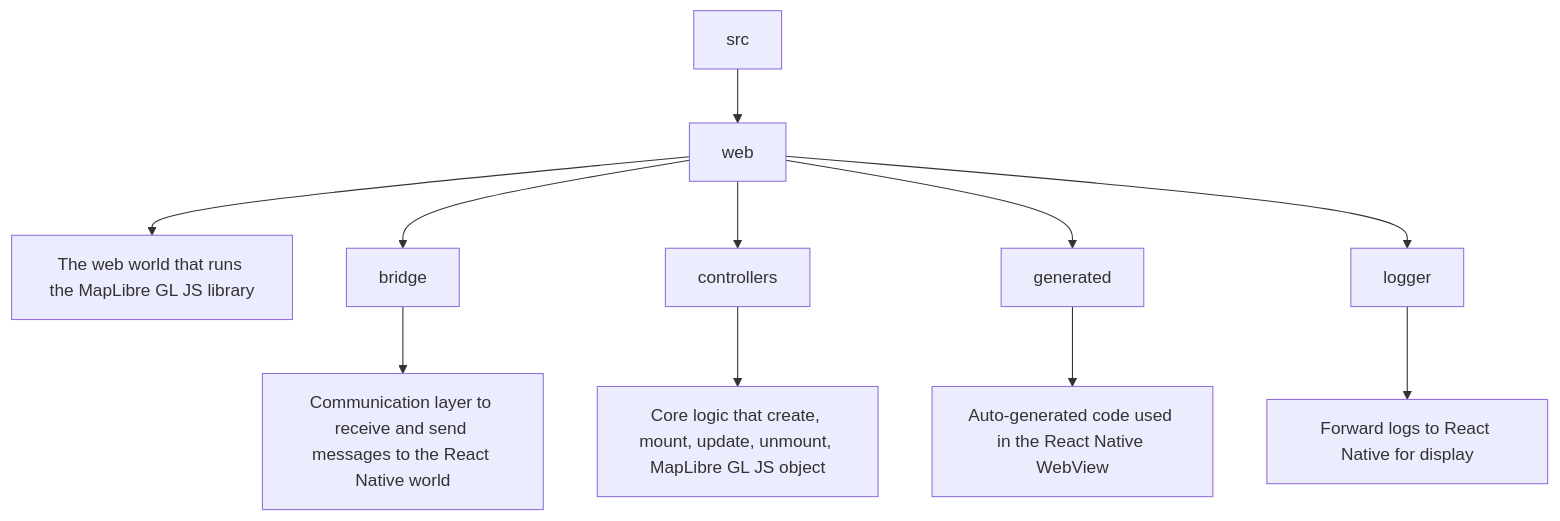
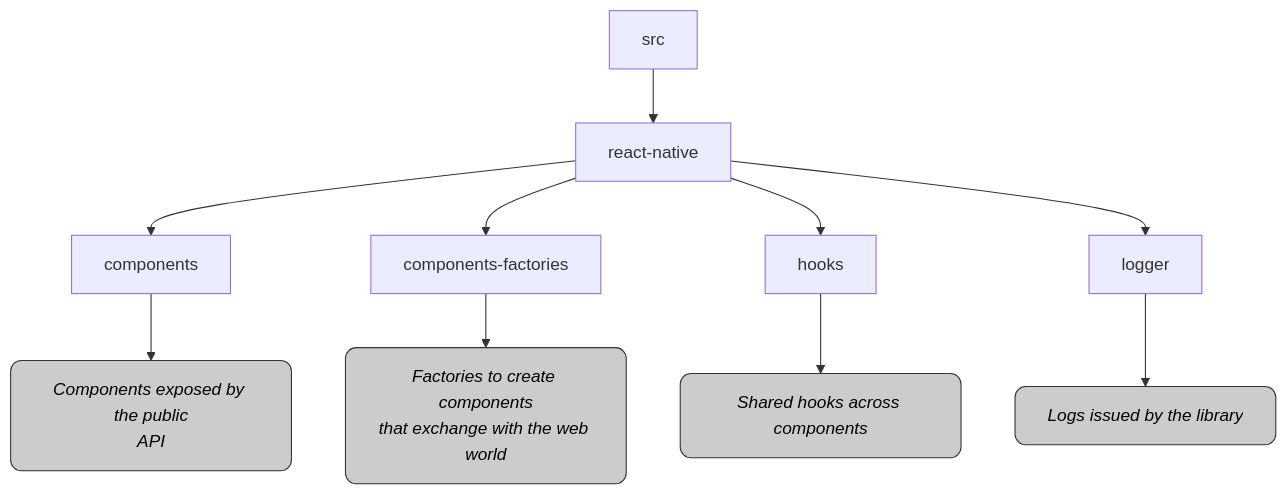
One commit to emilienaufauvre/react-native-maplibre-gl-js changed the second of 3 diagrams in docs/developer/index.md. Above: the diagram before and after it, drawn with Mermaid. The commit also changed other lines of this file, not shown here.

````diff
--- a/docs/developer/index.md
+++ b/docs/developer/index.md
@@ -64,15 +78,27 @@
 ```mermaid
 graph TD
-A[src] --> C[web]
+A[src] --> D[react-native]
 
-C --> C1[The web world that runs the MapLibre GL JS library]
-C --> C2[bridge]
-C --> C3[controllers]
-C --> C4[generated]
-C --> C5[logger]
+D --> D2[components]
+D --> D3[components-factories]
+D --> D4[hooks]
+D --> D5[logger]
 
-C2 --> C2a[Communication layer to receive and send messages to the React Native world]
-C3 --> C3a[Core logic that create, mount, update, unmount, MapLibre GL JS object]
-C4 --> C4a[Auto-generated code used in the React Native WebView]
-C5 --> C5a[Forward logs to React Native for display]
+D2 --> D2a[
+Components exposed by the public
+API
+]
+D3 --> D3a[
+Factories to create components
+that exchange with the web world
+]
+D4 --> D4a[
+Shared hooks across components
+]
+D5 --> D5a[
+Logs issued by the library
+]
+
+class D2a,D3a,D4a,D5a descriptionBlock;
+classDef descriptionBlock fill:#CCC,stroke:#333,stroke-width:1px,rx:10,ry:10,color:#000,font-style:italic;
 ```
````
